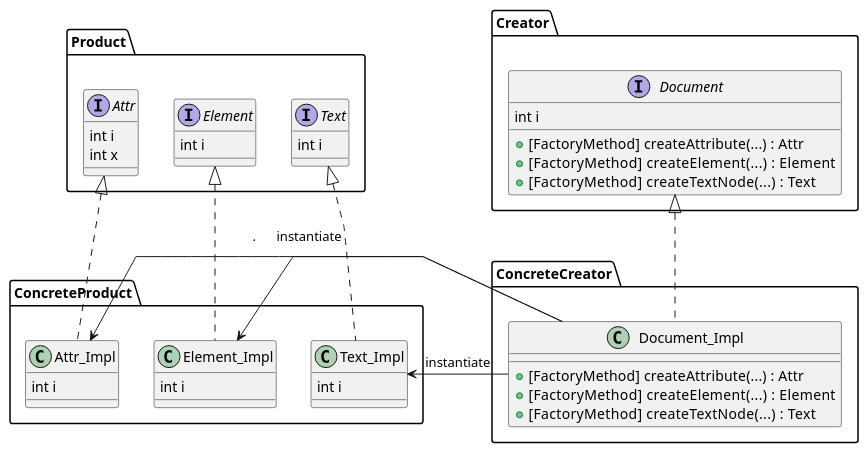
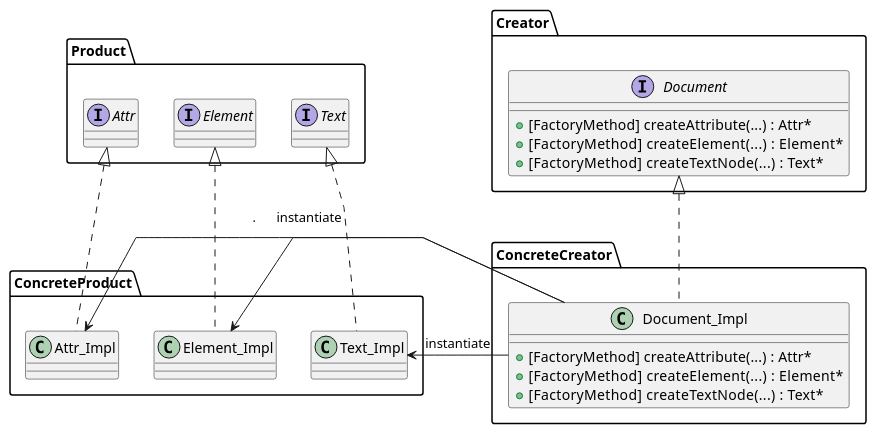
Before and after one commit to zavvio/EN.605.707.SP24: the diagram in FactoryMethod.wsd, drawn with PlantUML. The commit also changed 16 other files, not shown here.

```diff
--- a/FactoryMethod.wsd
+++ b/FactoryMethod.wsd
@@ -1,43 +1,35 @@
 @startuml FactoryMethod
 'skinparam linetype ortho
 skinparam linetype polyline
 
 interface Product.Attr {
-    int i
-    int x
 }
 interface Product.Element {
-    int i
 }
 interface Product.Text {
-    int i
 }
 class ConcreteProduct.Attr_Impl {
-    int i
 }
 class ConcreteProduct.Element_Impl {
-    int i
 }
 class ConcreteProduct.Text_Impl {
-    int i
 }
 interface Creator.Document {
-    int i
-    +[FactoryMethod] createAttribute(...)   : Attr
-    +[FactoryMethod] createElement(...)     : Element
-    +[FactoryMethod] createTextNode(...)    : Text
+    +[FactoryMethod] createAttribute(...)   : Attr*
+    +[FactoryMethod] createElement(...)     : Element*
+    +[FactoryMethod] createTextNode(...)    : Text*
 }
 class ConcreteCreator.Document_Impl {
-    +[FactoryMethod] createAttribute(...)   : Attr
-    +[FactoryMethod] createElement(...)     : Element
-    +[FactoryMethod] createTextNode(...)    : Text
+    +[FactoryMethod] createAttribute(...)   : Attr*
+    +[FactoryMethod] createElement(...)     : Element*
+    +[FactoryMethod] createTextNode(...)    : Text*
 }
 
 Product.Attr        <|..    ConcreteProduct.Attr_Impl
 Product.Element     <|..    ConcreteProduct.Element_Impl
 Product.Text        <|..    ConcreteProduct.Text_Impl
 Creator.Document    <|..    ConcreteCreator.Document_Impl
 ConcreteProduct.Attr_Impl     <-    ConcreteCreator.Document_Impl   : .
 ConcreteProduct.Element_Impl  <-    ConcreteCreator.Document_Impl   : instantiate
 ConcreteProduct.Text_Impl     <-    ConcreteCreator.Document_Impl   : instantiate
 @enduml
```
